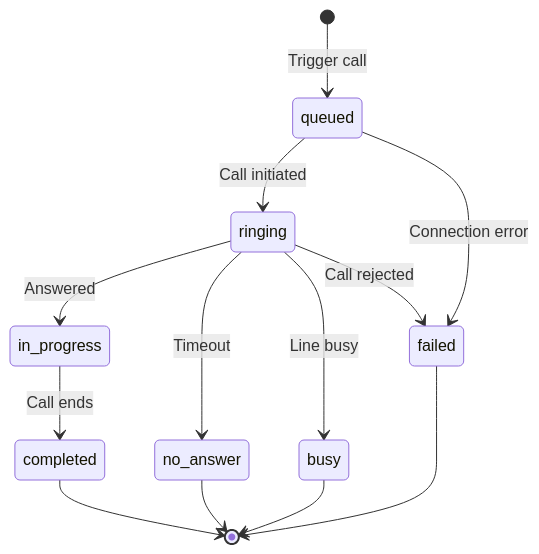
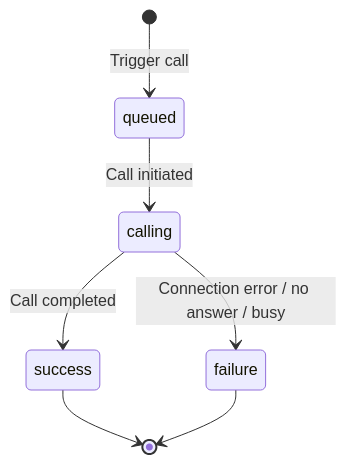
Before and after one commit to PolyAI-LDN/polyai-mintlify-doc: the diagram in telephony/outbound-calling.mdx, drawn with Mermaid. The commit also changed other lines of this file and 4 other files, not shown here.

````diff
--- a/telephony/outbound-calling.mdx
+++ b/telephony/outbound-calling.mdx
@@ -120,17 +119,10 @@
 ```mermaid
 stateDiagram-v2
     [*] --> queued: Trigger call
-    queued --> ringing: Call initiated
-    ringing --> in_progress: Answered
-    in_progress --> completed: Call ends
+    queued --> calling: Call initiated
+    calling --> success: Call completed
+    calling --> failure: Connection error / no answer / busy
     
-    queued --> failed: Connection error
-    ringing --> no_answer: Timeout
-    ringing --> busy: Line busy
-    ringing --> failed: Call rejected
-    
-    completed --> [*]
-    failed --> [*]
-    no_answer --> [*]
-    busy --> [*]
+    success --> [*]
+    failure --> [*]
 ```
````
